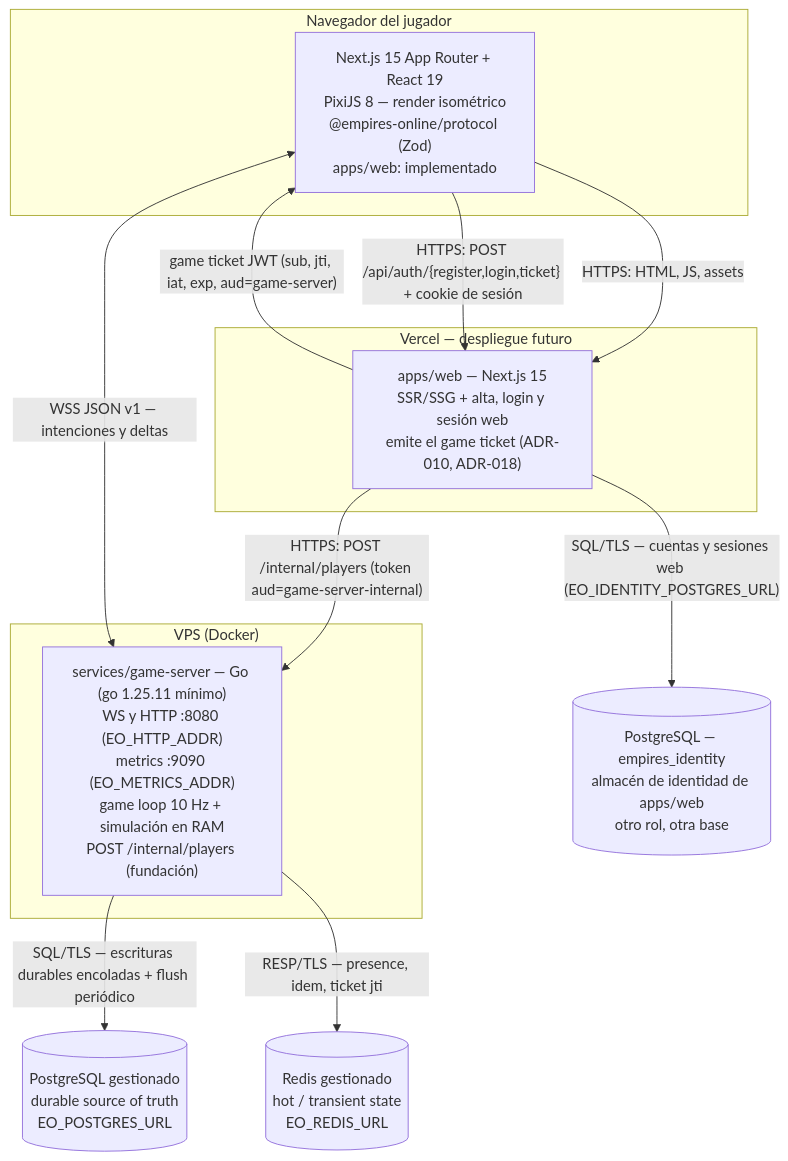
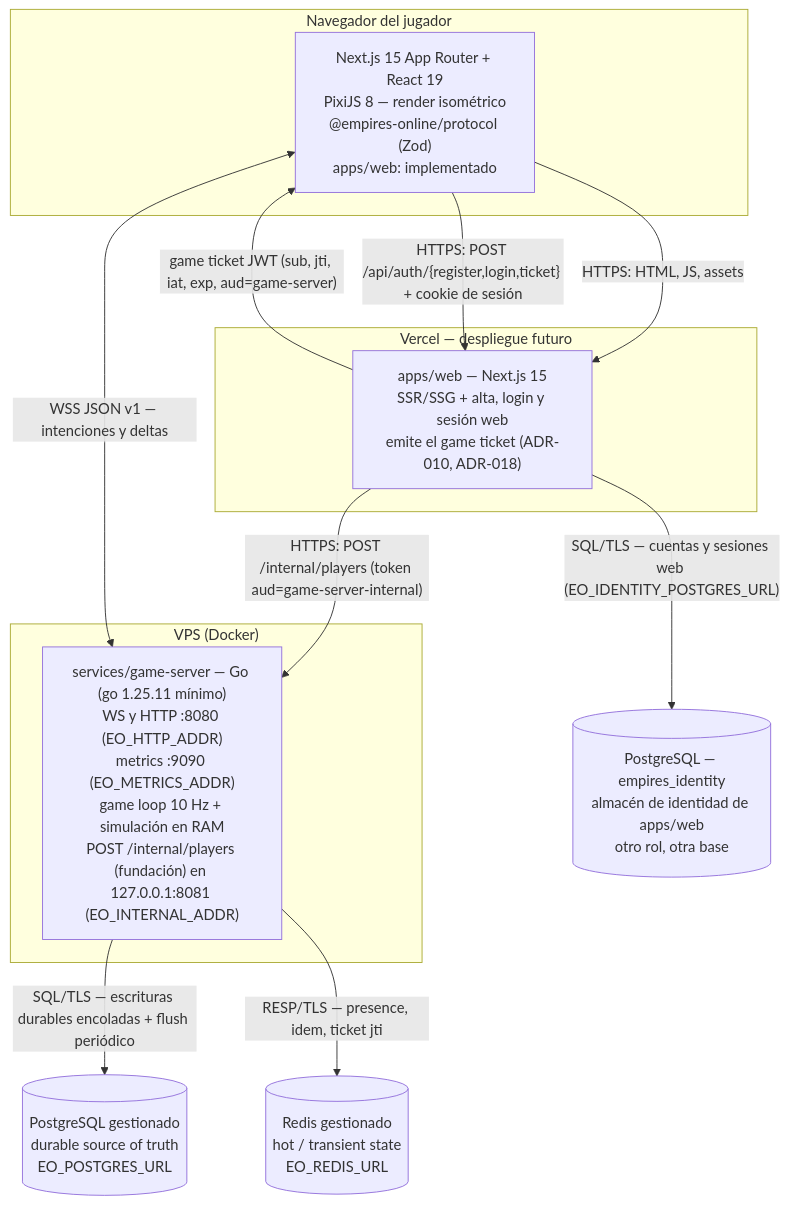
Before and after one commit to sonetlumiere-code/empires-online: the first of 2 diagrams in docs/architecture/overview.md, drawn with Mermaid. The commit also changed 15 other files, not shown here.

````diff
--- a/docs/architecture/overview.md
+++ b/docs/architecture/overview.md
@@ -54,27 +54,27 @@
 ```mermaid
 flowchart TB
     subgraph browser["Navegador del jugador"]
         UI["Next.js 15 App Router + React 19<br/>PixiJS 8 — render isométrico<br/>@empires-online/protocol (Zod)<br/>apps/web: implementado"]
     end
 
     subgraph vercel["Vercel — despliegue futuro"]
         WEB["apps/web — Next.js 15<br/>SSR/SSG + alta, login y sesión web<br/>emite el game ticket (ADR-010, ADR-018)"]
     end
 
     subgraph vps["VPS (Docker)"]
-        GS["services/game-server — Go (go 1.25.11 mínimo)<br/>WS y HTTP :8080 (EO_HTTP_ADDR)<br/>metrics :9090 (EO_METRICS_ADDR)<br/>game loop 10 Hz + simulación en RAM<br/>POST /internal/players (fundación)"]
+        GS["services/game-server — Go (go 1.25.11 mínimo)<br/>WS y HTTP :8080 (EO_HTTP_ADDR)<br/>metrics :9090 (EO_METRICS_ADDR)<br/>game loop 10 Hz + simulación en RAM<br/>POST /internal/players (fundación) en 127.0.0.1:8081 (EO_INTERNAL_ADDR)"]
     end
 
     PG[("PostgreSQL gestionado<br/>durable source of truth<br/>EO_POSTGRES_URL")]
     RD[("Redis gestionado<br/>hot / transient state<br/>EO_REDIS_URL")]
     ID[("PostgreSQL — empires_identity<br/>almacén de identidad de apps/web<br/>otro rol, otra base")]
 
     UI -->|"HTTPS: HTML, JS, assets"| WEB
     UI -->|"HTTPS: POST /api/auth/{register,login,ticket} + cookie de sesión"| WEB
     WEB -->|"game ticket JWT (sub, jti, iat, exp, aud=game-server)"| UI
     WEB -->|"HTTPS: POST /internal/players (token aud=game-server-internal)"| GS
     WEB -->|"SQL/TLS — cuentas y sesiones web (EO_IDENTITY_POSTGRES_URL)"| ID
     UI <-->|"WSS JSON v1 — intenciones y deltas"| GS
     GS -->|"SQL/TLS — escrituras durables encoladas + flush periódico"| PG
     GS -->|"RESP/TLS — presence, idem, ticket jti"| RD
 ```
````
